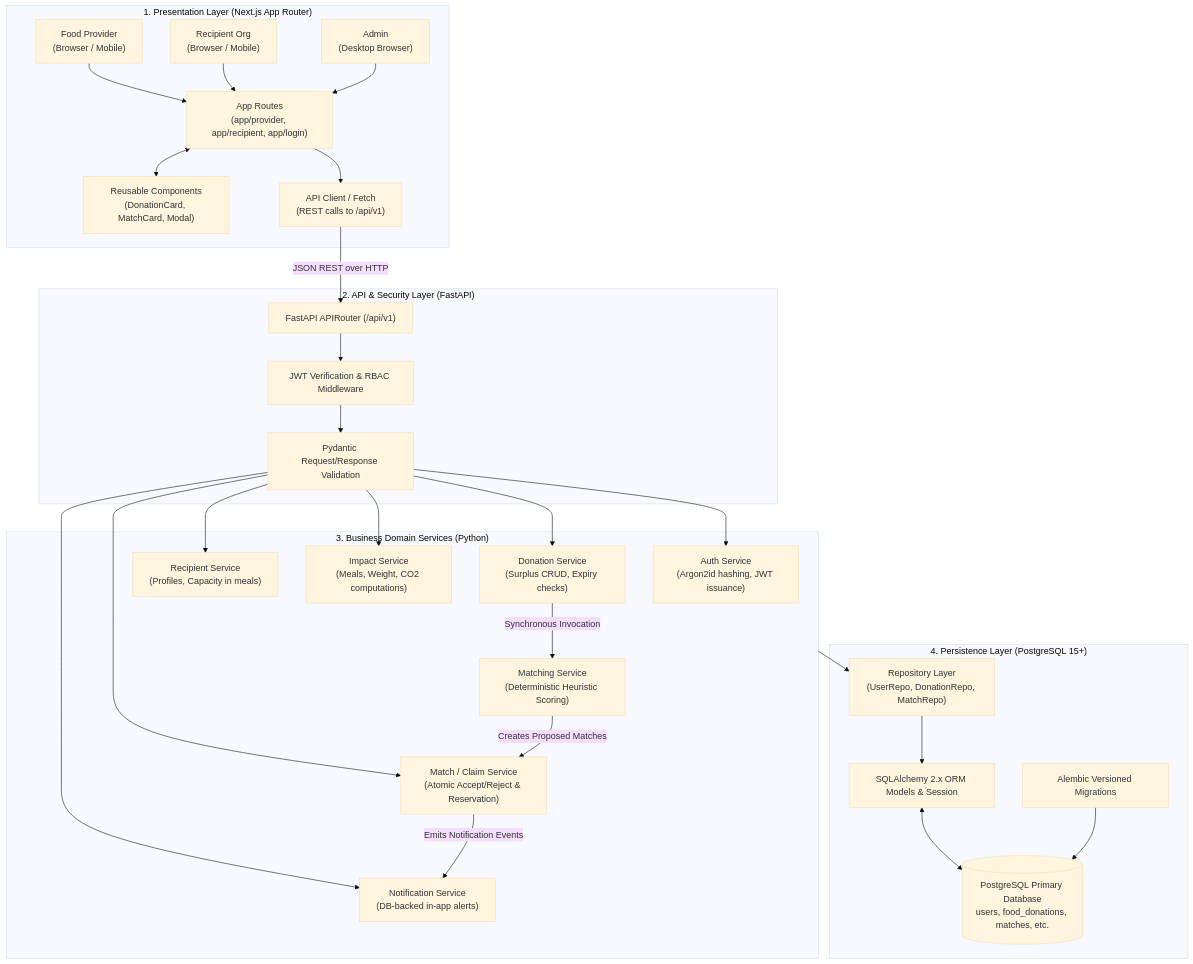
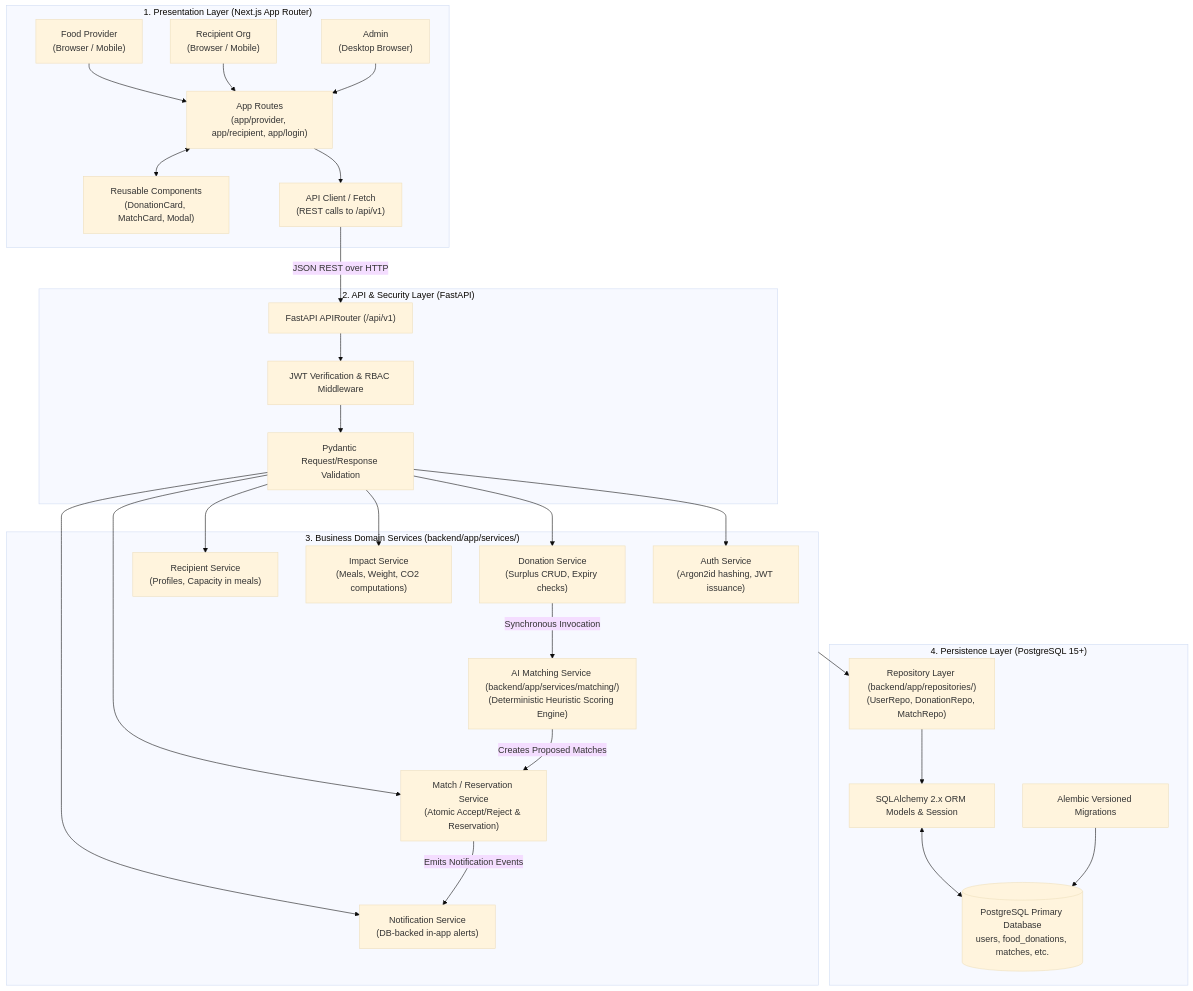
The first of 4 diagrams in docs/ARCHITECTURE.md (KShruti772/FoodSync-AI), drawn with Mermaid (base theme) before and after one commit. The commit also changed other lines of this file and 10 other files, not shown here.

````diff
--- a/docs/ARCHITECTURE.md
+++ b/docs/ARCHITECTURE.md
@@ -44,52 +56,52 @@
 ```mermaid
 flowchart TD
     subgraph ClientLayer ["1. Presentation Layer (Next.js App Router)"]
         U1["Food Provider\n(Browser / Mobile)"]
         U2["Recipient Org\n(Browser / Mobile)"]
         U3["Admin\n(Desktop Browser)"]
         
         Pages["App Routes\n(app/provider, app/recipient, app/login)"]
         Components["Reusable Components\n(DonationCard, MatchCard, Modal)"]
         APIClient["API Client / Fetch\n(REST calls to /api/v1)"]
         
         Pages <--> Components
         Pages --> APIClient
     end
 
     subgraph BackendAPI ["2. API & Security Layer (FastAPI)"]
         APIRouter["FastAPI APIRouter (/api/v1)"]
         AuthMiddleware["JWT Verification & RBAC Middleware"]
         PydanticModels["Pydantic Request/Response Validation"]
         
         APIRouter --> AuthMiddleware --> PydanticModels
     end
 
-    subgraph DomainServices ["3. Business Domain Services (Python)"]
+    subgraph DomainServices ["3. Business Domain Services (backend/app/services/)"]
         AuthService["Auth Service\n(Argon2id hashing, JWT issuance)"]
         DonationService["Donation Service\n(Surplus CRUD, Expiry checks)"]
         RecipientService["Recipient Service\n(Profiles, Capacity in meals)"]
-        MatchingService["Matching Service\n(Deterministic Heuristic Scoring)"]
-        ClaimService["Match / Claim Service\n(Atomic Accept/Reject & Reservation)"]
+        MatchingService["AI Matching Service (backend/app/services/matching/)\n(Deterministic Heuristic Scoring Engine)"]
+        ClaimService["Match / Reservation Service\n(Atomic Accept/Reject & Reservation)"]
         NotificationService["Notification Service\n(DB-backed in-app alerts)"]
         ImpactService["Impact Service\n(Meals, Weight, CO2 computations)"]
     end
 
     subgraph DataLayer ["4. Persistence Layer (PostgreSQL 15+)"]
-        Repositories["Repository Layer\n(UserRepo, DonationRepo, MatchRepo)"]
+        Repositories["Repository Layer (backend/app/repositories/)\n(UserRepo, DonationRepo, MatchRepo)"]
         SQLAlchemyORM["SQLAlchemy 2.x ORM Models & Session"]
         Alembic["Alembic Versioned Migrations"]
         PostgresDB[(PostgreSQL Primary Database\nusers, food_donations, matches, etc.)]
         
         Repositories --> SQLAlchemyORM <--> PostgresDB
         Alembic --> PostgresDB
     end
 
     %% Flow connections
     U1 & U2 & U3 --> Pages
     APIClient -->|JSON REST over HTTP| APIRouter
     PydanticModels --> AuthService & DonationService & RecipientService & ClaimService & NotificationService & ImpactService
     DonationService -->|Synchronous Invocation| MatchingService
     MatchingService -->|Creates Proposed Matches| ClaimService
     ClaimService -->|Emits Notification Events| NotificationService
     DomainServices --> Repositories
 ```
````
